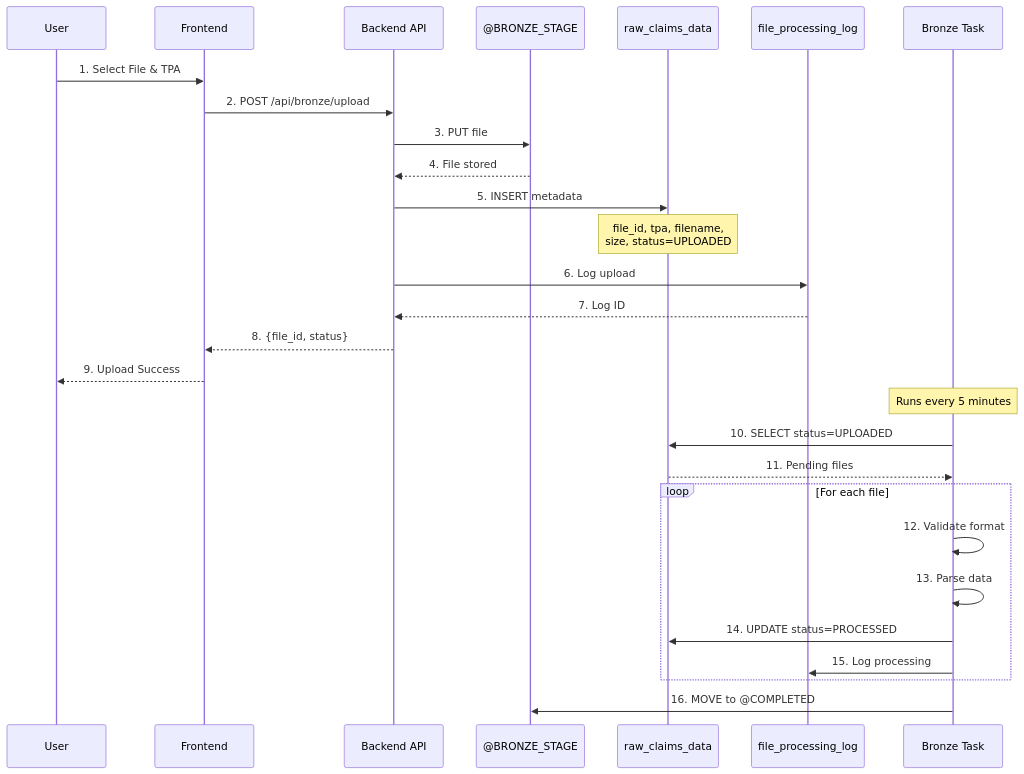
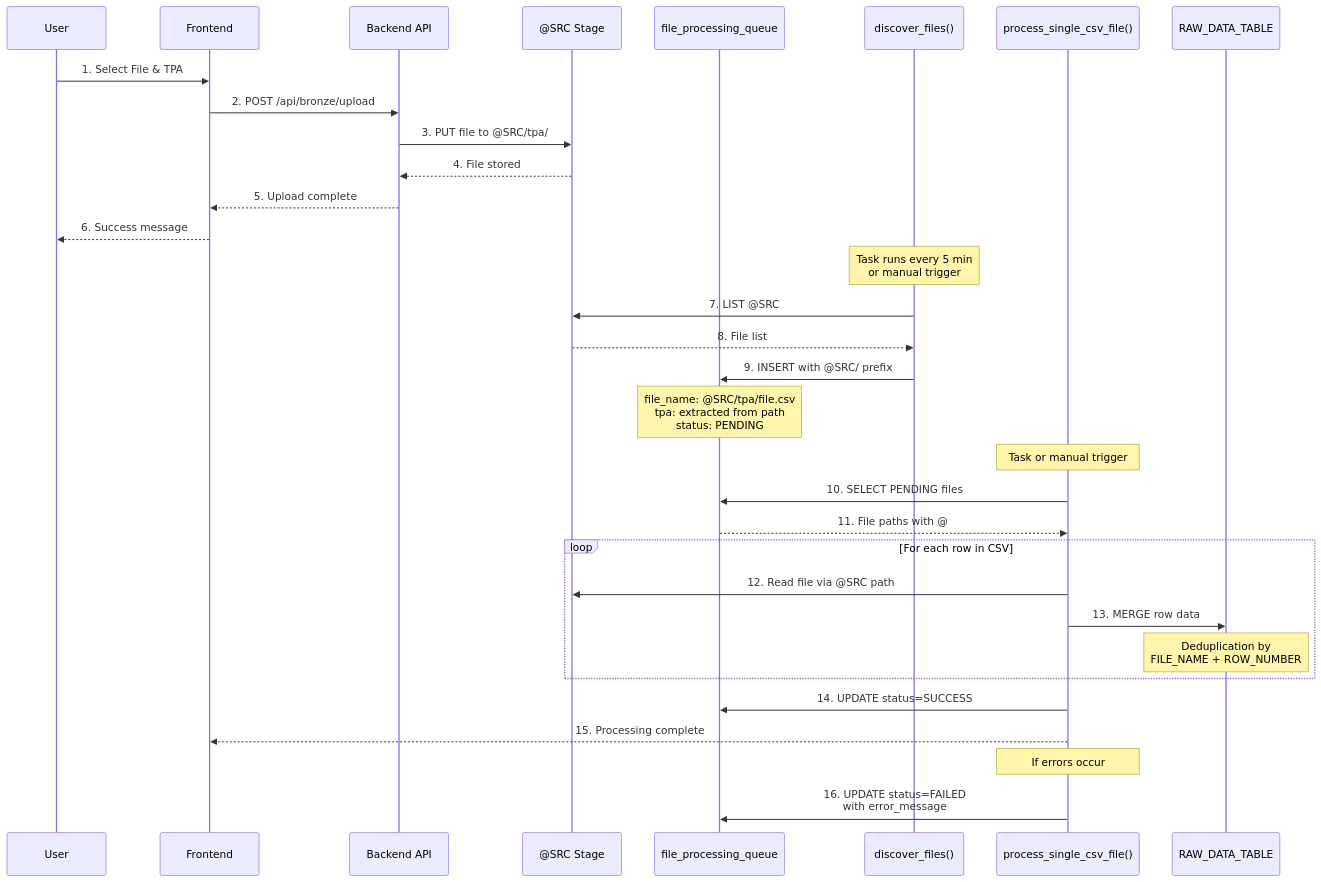
Before and after one commit to Boon67/bordereau_processing: the second of 18 diagrams in docs/DATA_FLOW_DIAGRAMS.md, drawn with Mermaid. The commit also changed other lines of this file and 90 other files, not shown here.

````diff
--- a/docs/DATA_FLOW_DIAGRAMS.md
+++ b/docs/DATA_FLOW_DIAGRAMS.md
@@ -86,36 +86,40 @@
 ```mermaid
 sequenceDiagram
     participant User
     participant UI as Frontend
     participant API as Backend API
-    participant Stage as @BRONZE_STAGE
-    participant Table as raw_claims_data
-    participant Log as file_processing_log
-    participant Task as Bronze Task
+    participant SRC as @SRC Stage
+    participant Queue as file_processing_queue
+    participant Discover as discover_files()
+    participant Process as process_single_csv_file()
+    participant Raw as RAW_DATA_TABLE
     
     User->>UI: 1. Select File & TPA
     UI->>API: 2. POST /api/bronze/upload
-    API->>Stage: 3. PUT file
-    Stage-->>API: 4. File stored
+    API->>SRC: 3. PUT file to @SRC/tpa/
+    SRC-->>API: 4. File stored
+    API-->>UI: 5. Upload complete
+    UI-->>User: 6. Success message
     
-    API->>Table: 5. INSERT metadata
-    Note over Table: file_id, tpa, filename,<br/>size, status=UPLOADED
+    Note over Discover: Task runs every 5 min<br/>or manual trigger
+    Discover->>SRC: 7. LIST @SRC
+    SRC-->>Discover: 8. File list
+    Discover->>Queue: 9. INSERT with @SRC/ prefix
+    Note over Queue: file_name: @SRC/tpa/file.csv<br/>tpa: extracted from path<br/>status: PENDING
     
-    API->>Log: 6. Log upload
-    Log-->>API: 7. Log ID
-    API-->>UI: 8. {file_id, status}
-    UI-->>User: 9. Upload Success
+    Note over Process: Task or manual trigger
+    Process->>Queue: 10. SELECT PENDING files
+    Queue-->>Process: 11. File paths with @
     
-    Note over Task: Runs every 5 minutes
-    Task->>Table: 10. SELECT status=UPLOADED
-    Table-->>Task: 11. Pending files
-    
-    loop For each file
-        Task->>Task: 12. Validate format
-        Task->>Task: 13. Parse data
-        Task->>Table: 14. UPDATE status=PROCESSED
-        Task->>Log: 15. Log processing
+    loop For each row in CSV
+        Process->>SRC: 12. Read file via @SRC path
+        Process->>Raw: 13. MERGE row data
+        Note over Raw: Deduplication by<br/>FILE_NAME + ROW_NUMBER
     end
     
-    Task->>Stage: 16. MOVE to @COMPLETED
+    Process->>Queue: 14. UPDATE status=SUCCESS
+    Process-->>UI: 15. Processing complete
+    
+    Note over Process: If errors occur
+    Process->>Queue: 16. UPDATE status=FAILED<br/>with error_message
 ```
````
